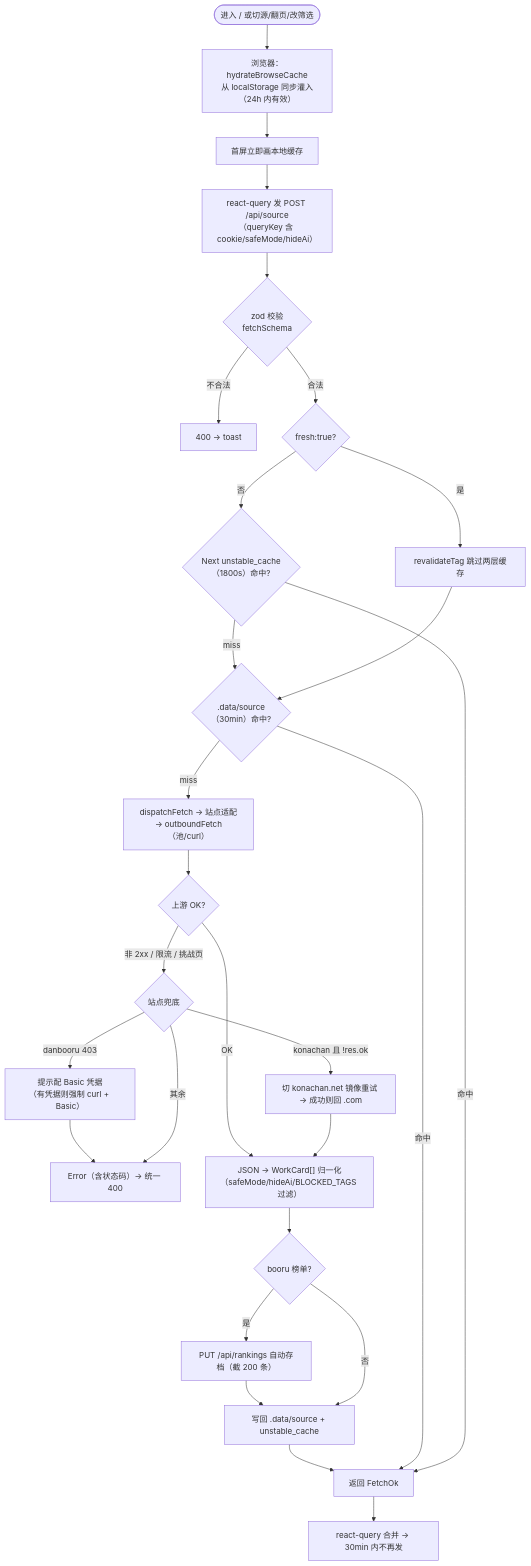
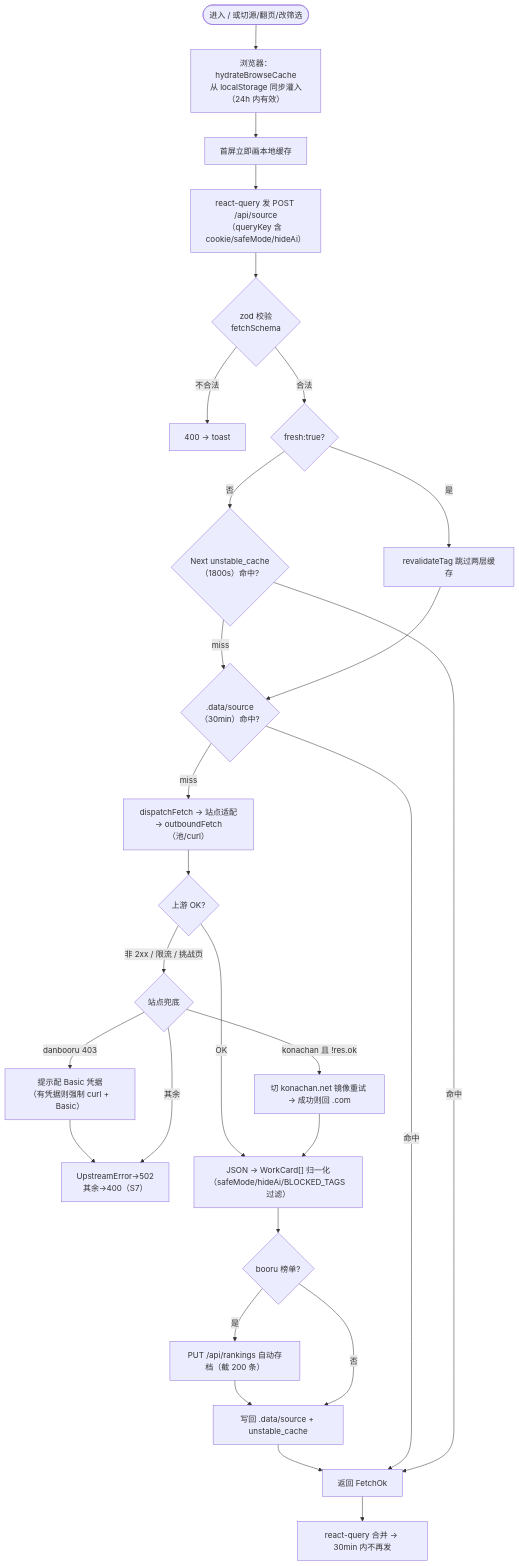
Before and after one commit to Atsukiizumi/Kami-paperbox: the first of 3 diagrams in docs/diagrams/核心业务流程图.md, drawn with Mermaid. The commit also changed 8 other files, not shown here.

````diff
--- a/docs/diagrams/核心业务流程图.md
+++ b/docs/diagrams/核心业务流程图.md
@@ -8,30 +8,30 @@
 ```mermaid
 flowchart TD
     start(["进入 / 或切源/翻页/改筛选"]) --> hydrate["浏览器：hydrateBrowseCache<br/>从 localStorage 同步灌入（24h 内有效）"]
     hydrate --> paint["首屏立即画本地缓存"]
     paint --> query["react-query 发 POST /api/source<br/>（queryKey 含 cookie/safeMode/hideAi）"]
     query --> zod{"zod 校验<br/>fetchSchema"}
     zod -->|"不合法"| err400["400 → toast"]
     zod -->|"合法"| fresh{"fresh:true?"}
     fresh -->|"是"| revalidate["revalidateTag 跳过两层缓存"]
     fresh -->|"否"| nextcache{"Next unstable_cache<br/>（1800s）命中?"}
     revalidate --> diskcache
     nextcache -->|"命中"| ret["返回 FetchOk"]
     nextcache -->|"miss"| diskcache{".data/source<br/>（30min）命中?"}
     diskcache -->|"命中"| ret
     diskcache -->|"miss"| upstream["dispatchFetch → 站点适配<br/>→ outboundFetch（池/curl）"]
     upstream --> upfail{"上游 OK?"}
     upfail -->|"非 2xx / 限流 / 挑战页"| fallback{"站点兜底"}
     fallback -->|"konachan 且 !res.ok"| mirror["切 konachan.net 镜像重试 → 成功则回 .com"]
     fallback -->|"danbooru 403"| hint["提示配 Basic 凭据<br/>（有凭据则强制 curl + Basic）"]
-    fallback -->|"其余"| errup["Error（含状态码）→ 统一 400"]
+    fallback -->|"其余"| errup["UpstreamError→502<br/>其余→400（S7）"]
     mirror --> map
     upfail -->|"OK"| map["JSON → WorkCard[] 归一化<br/>（safeMode/hideAi/BLOCKED_TAGS 过滤）"]
     hint --> errup
     map --> booru{"booru 榜单?"}
     booru -->|"是"| archive["PUT /api/rankings 自动存档（截 200 条）"]
     booru -->|"否"| writ
     archive --> writ["写回 .data/source + unstable_cache"]
     writ --> ret
     ret --> merge["react-query 合并 → 30min 内不再发"]
 ```
````
